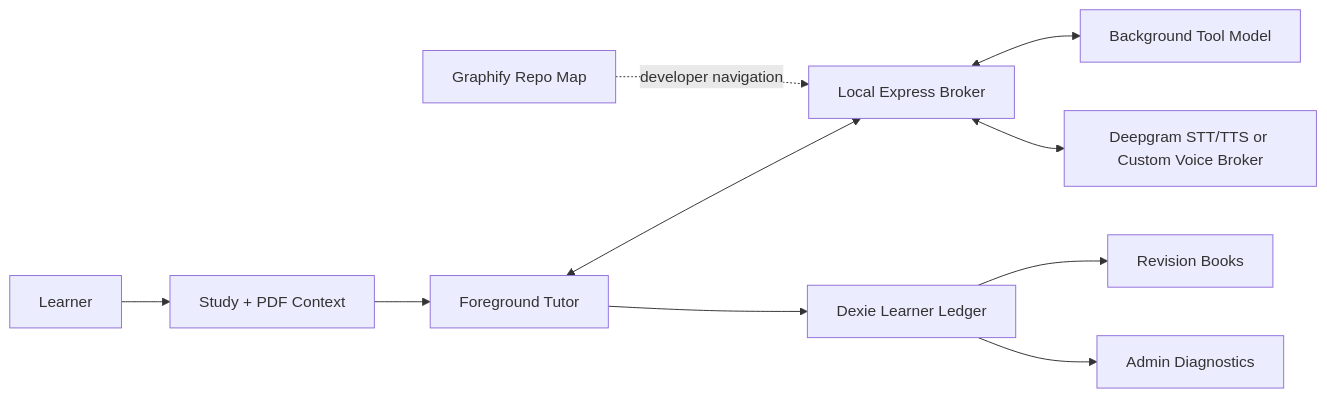
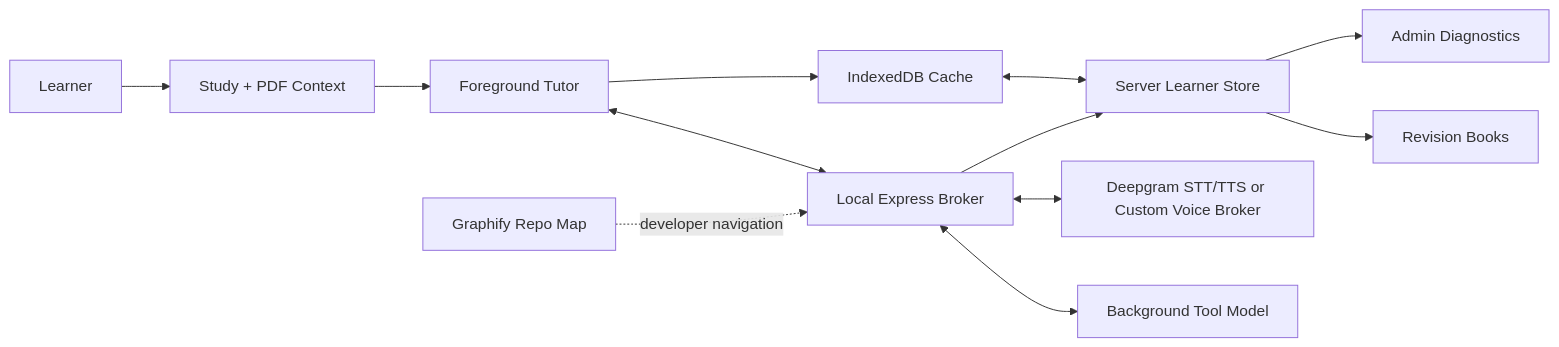
One commit to MohamedFuad16/Tutor-System changed the diagram in README.md. Above: the diagram before and after it, drawn with Mermaid. The commit also changed other lines of this file and 38 other files, not shown here.

Commit message:
Rework learner brain architecture

````diff
--- a/README.md
+++ b/README.md
@@ -16,23 +16,26 @@
 ```mermaid
 flowchart LR
   User["Learner"]
   Study["Study + PDF Context"]
   Chat["Foreground Tutor"]
   Broker["Local Express Broker"]
   Background["Background Tool Model"]
   Voice["Deepgram STT/TTS or Custom Voice Broker"]
-  Memory["Dexie Learner Ledger"]
+  ServerStore["Server Learner Store"]
+  Cache["IndexedDB Cache"]
   Revision["Revision Books"]
   Admin["Admin Diagnostics"]
   Graphify["Graphify Repo Map"]
 
   User --> Study
   Study --> Chat
   Chat <--> Broker
   Broker <--> Background
   Broker <--> Voice
-  Chat --> Memory
-  Memory --> Revision
-  Memory --> Admin
+  Broker --> ServerStore
+  Chat --> Cache
+  Cache <--> ServerStore
+  ServerStore --> Revision
+  ServerStore --> Admin
   Graphify -. developer navigation .-> Broker
 ```
````
